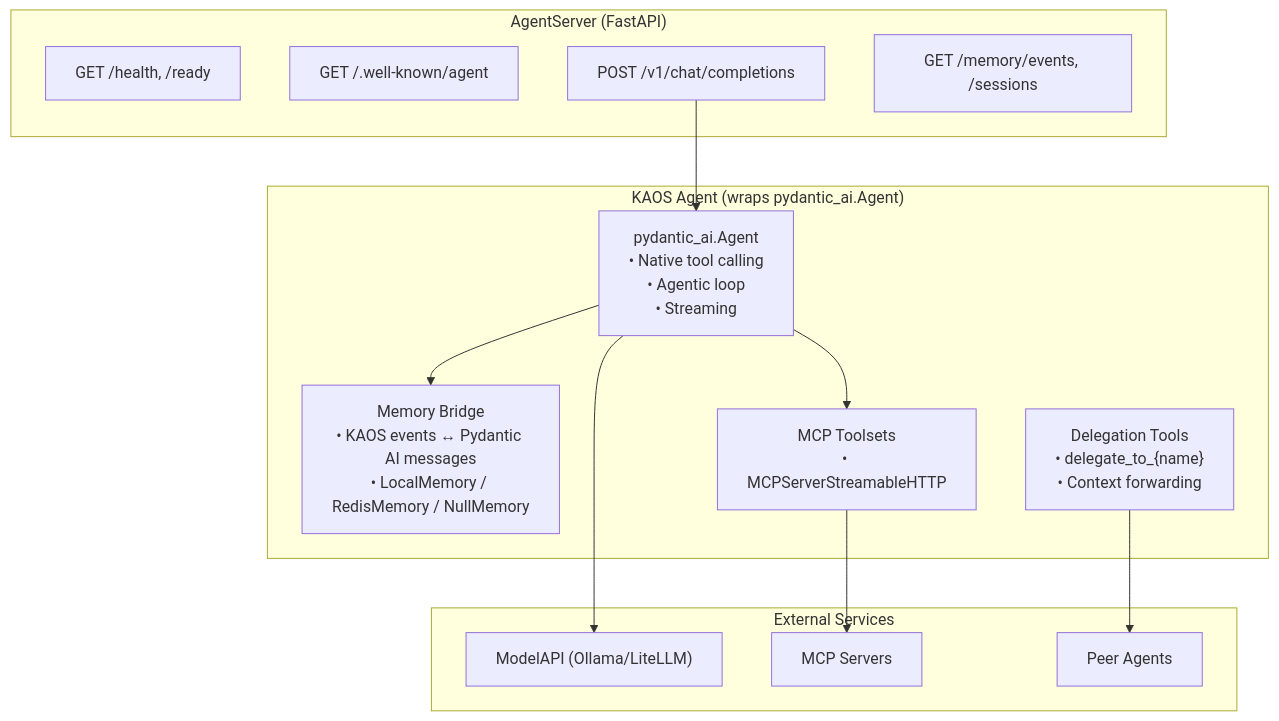
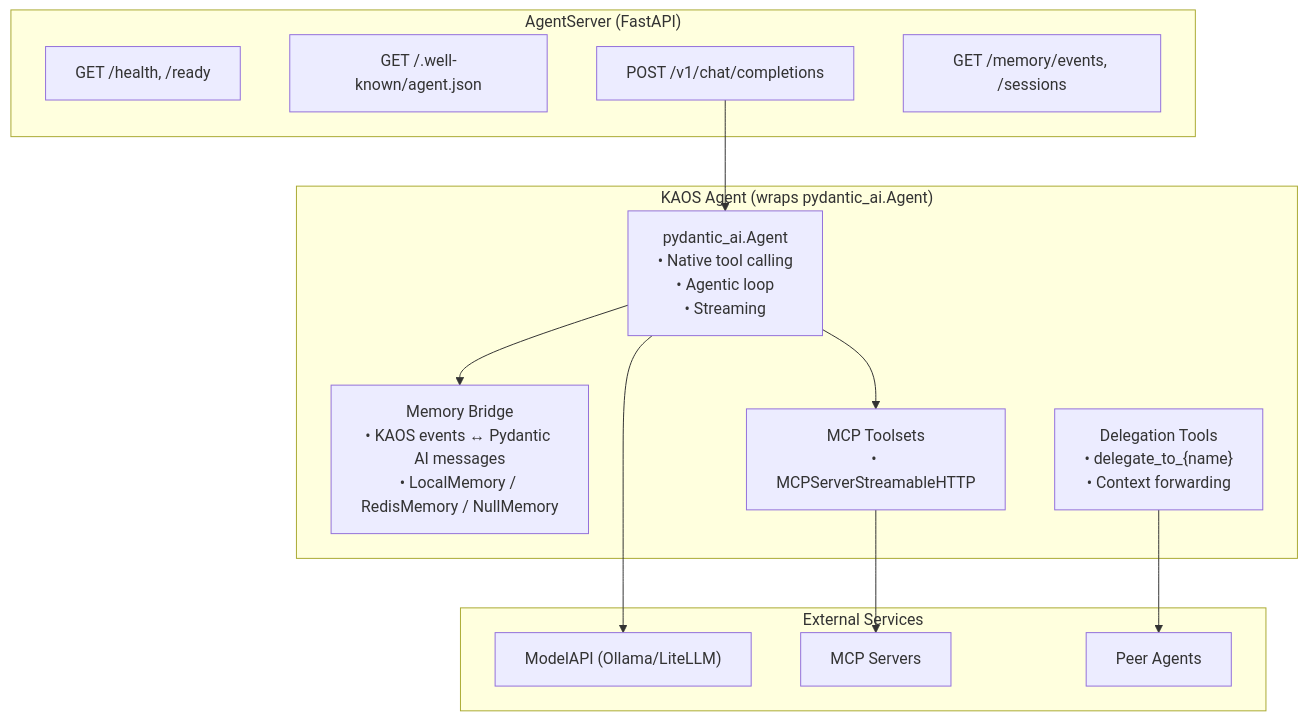
The diagram in docs/python-framework/overview.md (axsaucedo/kaos), drawn with Mermaid before and after one commit. The commit also changed 20 other files, not shown here.

````diff
--- a/docs/python-framework/overview.md
+++ b/docs/python-framework/overview.md
@@ -28,29 +28,29 @@
 ```mermaid
 flowchart TB
     subgraph server["AgentServer (FastAPI)"]
         health["GET /health, /ready"]
-        a2a["GET /.well-known/agent"]
+        a2a["GET /.well-known/agent.json"]
         chat["POST /v1/chat/completions"]
         mem_ep["GET /memory/events, /sessions"]
     end
 
     subgraph agent["KAOS Agent (wraps pydantic_ai.Agent)"]
         pydantic["pydantic_ai.Agent<br/>• Native tool calling<br/>• Agentic loop<br/>• Streaming"]
         memory["Memory Bridge<br/>• KAOS events ↔ Pydantic AI messages<br/>• LocalMemory / RedisMemory / NullMemory"]
         delegation["Delegation Tools<br/>• delegate_to_{name}<br/>• Context forwarding"]
         mcp["MCP Toolsets<br/>• MCPServerStreamableHTTP"]
     end
 
     subgraph external["External Services"]
         model["ModelAPI (Ollama/LiteLLM)"]
         mcpsrv["MCP Servers"]
         peers["Peer Agents"]
     end
 
     chat --> pydantic
     pydantic --> model
     pydantic --> mcp
     mcp --> mcpsrv
     delegation --> peers
     pydantic --> memory
 ```
````
